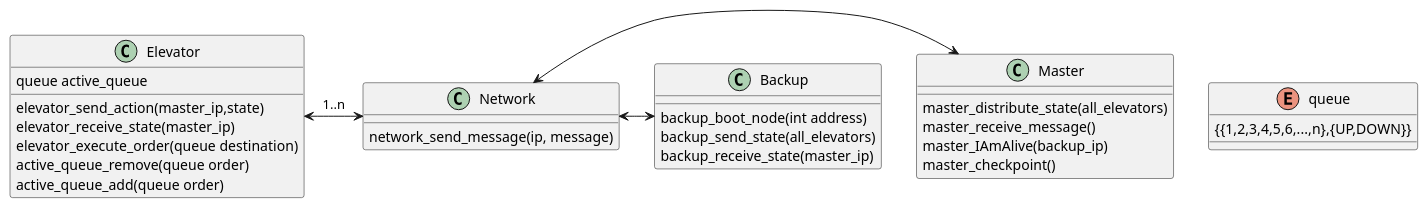
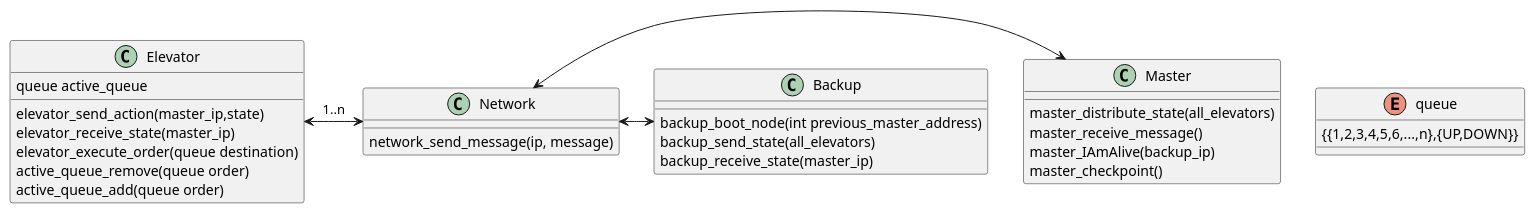
Before and after one commit to eivindhstray/Sanntid: the diagram in Design/interaksjon.plantuml, drawn with PlantUML. The commit also changed 3 other files, not shown here.

```diff
--- a/Design/interaksjon.plantuml
+++ b/Design/interaksjon.plantuml
@@ -1,41 +1,41 @@
 @startuml
 
 class Elevator  {
     queue active_queue
     elevator_send_action(master_ip,state)
     elevator_receive_state(master_ip)
     elevator_execute_order(queue destination)
     active_queue_remove(queue order)
     active_queue_add(queue order)
 }
 class Master{
     master_distribute_state(all_elevators)
     master_receive_message()
     master_IAmAlive(backup_ip)
     master_checkpoint()
 }
 class Network{
     network_send_message(ip, message)
 }
 
 class Backup{
-    backup_boot_node(int address)
+    backup_boot_node(int previous_master_address)
     backup_send_state(all_elevators)
     backup_receive_state(master_ip)
 }
 
 
 
 enum queue {
     {{1,2,3,4,5,6,...,n},{UP,DOWN}}
 }
 
 Elevator  <-> Network: 1..n
 Network <-> Master
 Network <-> Backup
 
 
 
 
 
 @enduml
```
